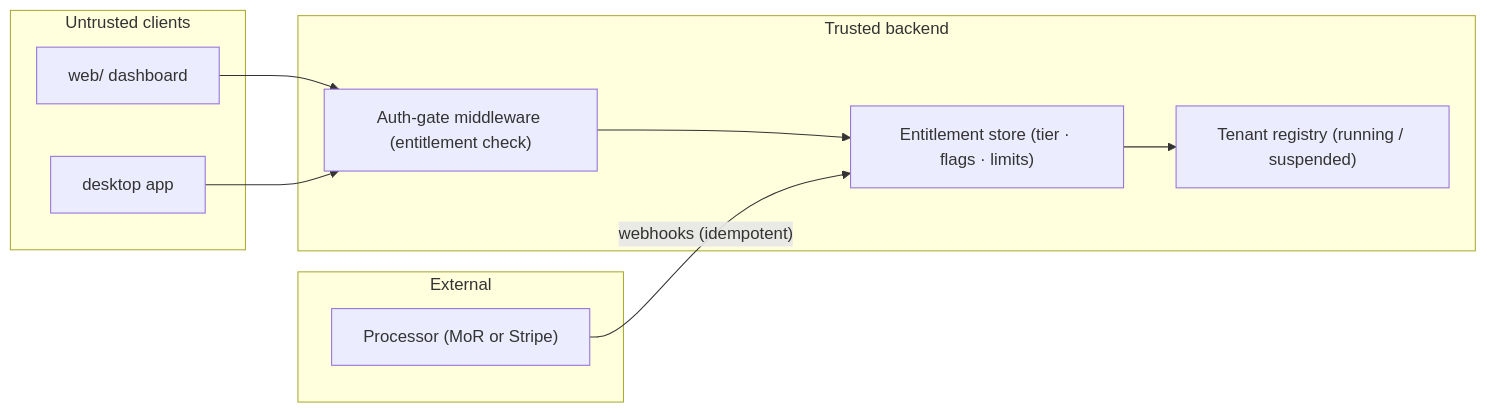
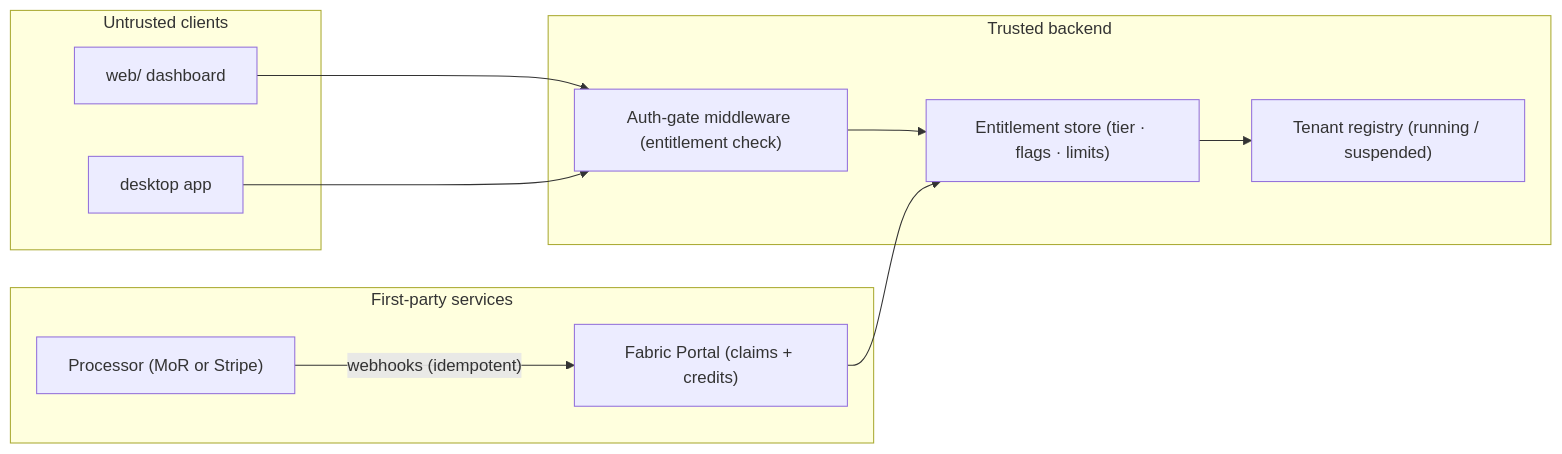
Before and after one commit to ObliviousOdin/fabric: the third of 3 diagrams in website/docs/deploy/paywall-ideation.md, drawn with Mermaid. The commit also changed other lines of this file, not shown here.

First line of the commit message:
docs(deploy): re-home paywall plan on a first-party Fabric Portal

````diff
--- a/website/docs/deploy/paywall-ideation.md
+++ b/website/docs/deploy/paywall-ideation.md
@@ -133,20 +199,22 @@
 ```mermaid
 flowchart LR
   subgraph Client["Untrusted clients"]
     WEB["web/ dashboard"]
     DESK["desktop app"]
   end
   subgraph Backend["Trusted backend"]
     GATE["Auth-gate middleware (entitlement check)"]
     ENT["Entitlement store (tier · flags · limits)"]
     TEN["Tenant registry (running / suspended)"]
   end
-  subgraph Ext["External"]
+  subgraph Ext["First-party services"]
+    PORTAL["Fabric Portal (claims + credits)"]
     PROC["Processor (MoR or Stripe)"]
   end
   WEB --> GATE
   DESK --> GATE
   GATE --> ENT
-  PROC -->|"webhooks (idempotent)"| ENT
+  PROC -->|"webhooks (idempotent)"| PORTAL
+  PORTAL --> ENT
   ENT --> TEN
 ```
````
